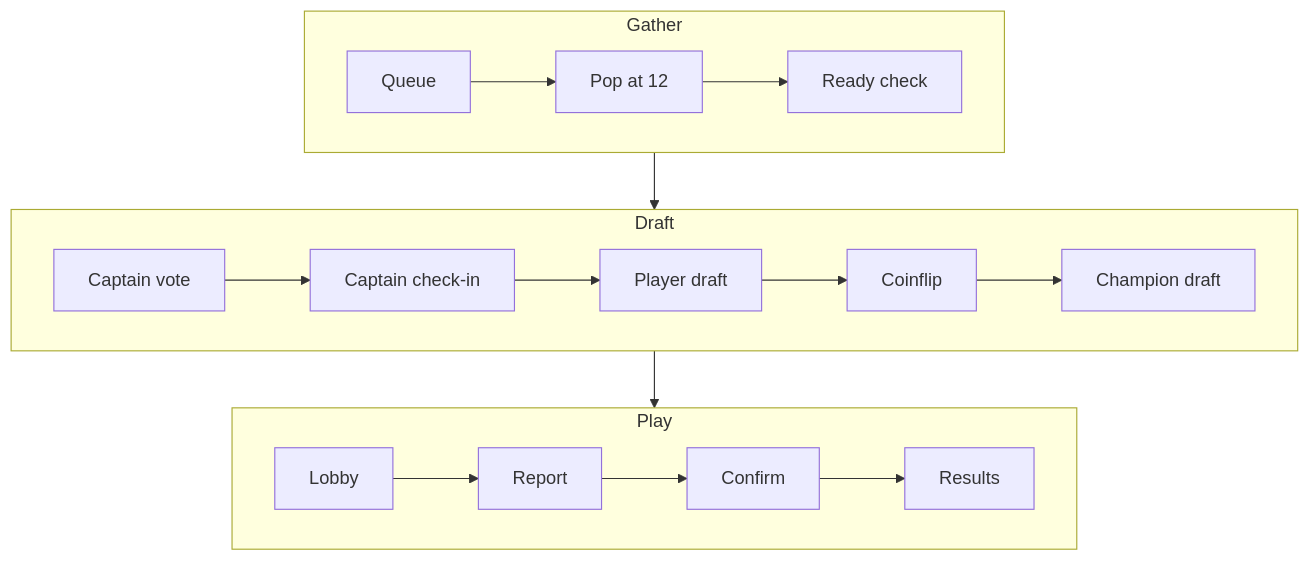
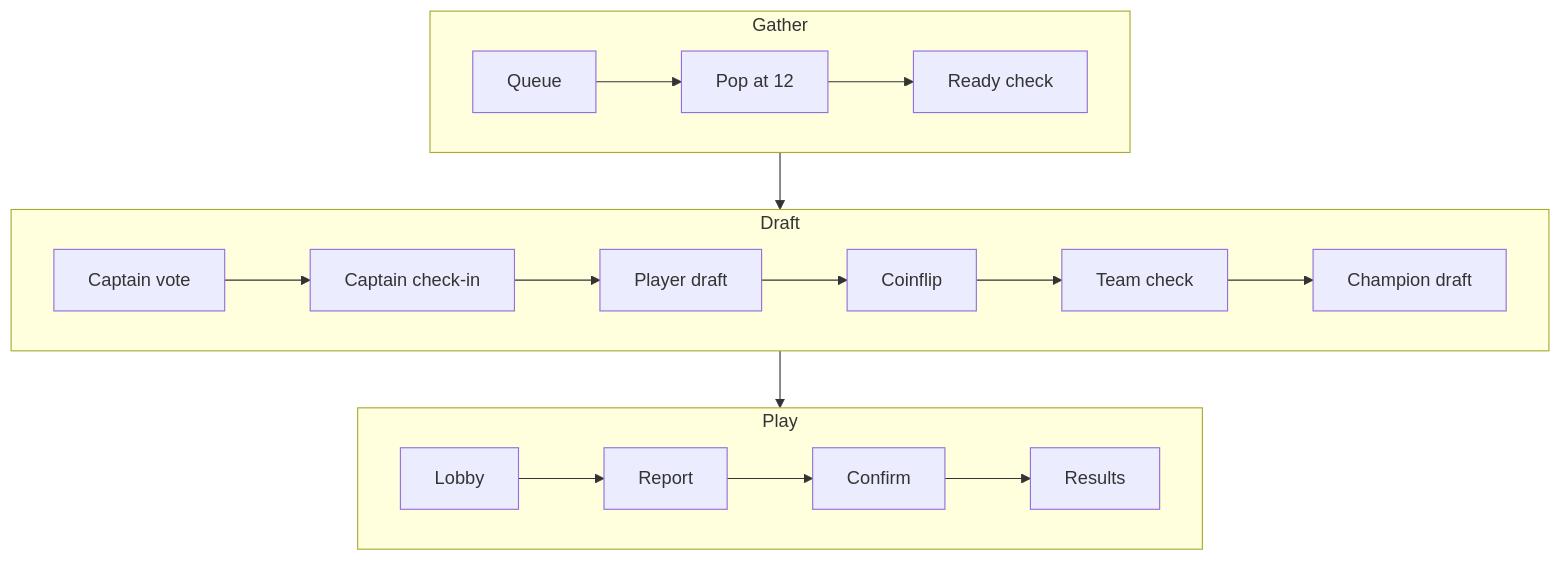
Before and after one commit to VARSITYLUNCHBUG/DayShift: the diagram in docs/match-flow.md, drawn with Mermaid. The commit also changed other lines of this file, not shown here.

Commit message:
Document the team check, open text channels and the first 8 channels

````diff
--- a/docs/match-flow.md
+++ b/docs/match-flow.md
@@ -8,16 +8,16 @@
 ```mermaid
 flowchart TB
     subgraph Gather
         direction LR
         Q[Queue] --> P[Pop at 12] --> R[Ready check]
     end
     subgraph Draft
         direction LR
-        V[Captain vote] --> C[Captain check-in] --> D[Player draft] --> F[Coinflip] --> H[Champion draft]
+        V[Captain vote] --> C[Captain check-in] --> D[Player draft] --> F[Coinflip] --> T[Team check] --> H[Champion draft]
     end
     subgraph Play
         direction LR
         L[Lobby] --> Rep[Report] --> Conf[Confirm] --> Res[Results]
     end
     Gather --> Draft --> Play
 ```
````
